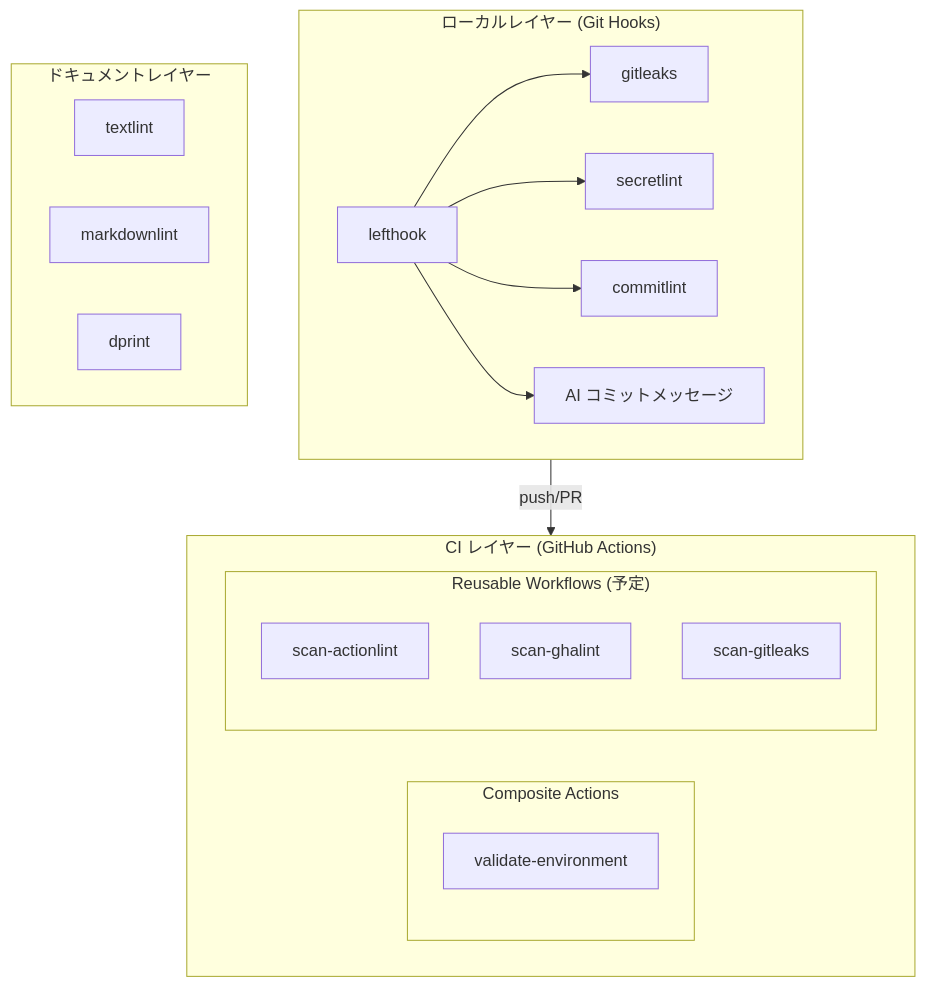
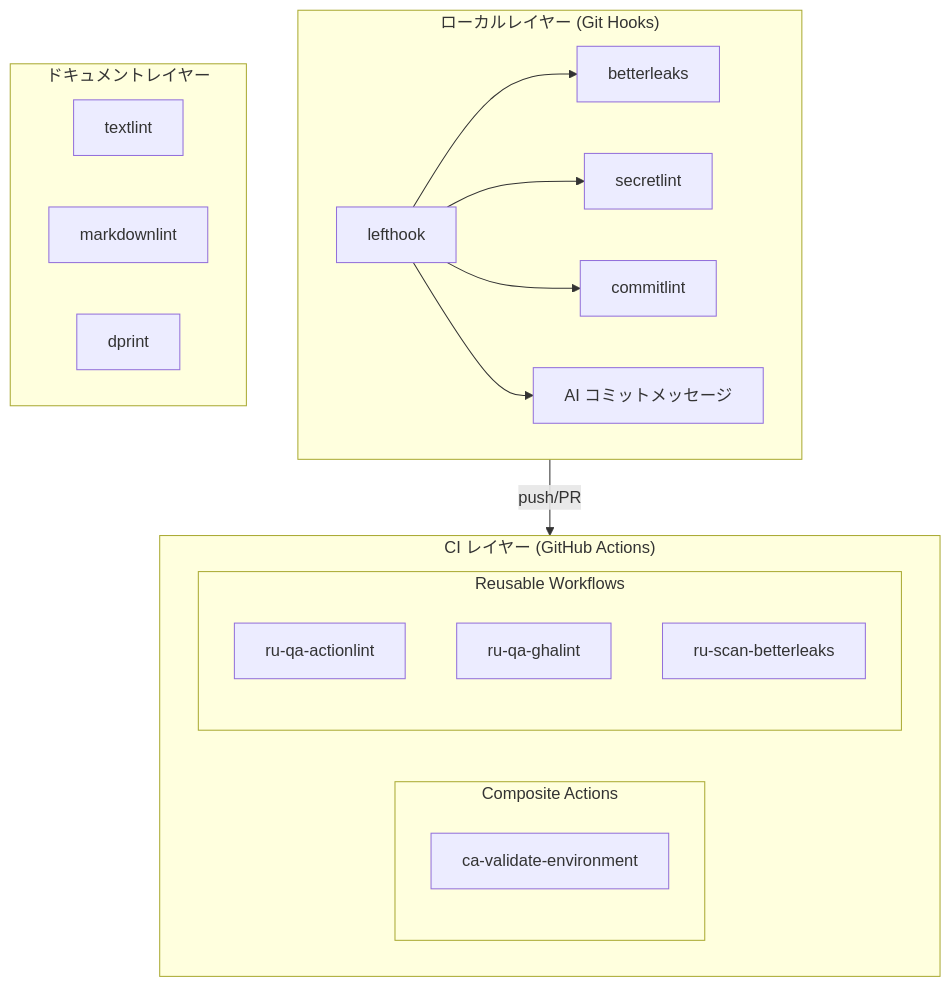
The first of 3 diagrams in docs/developer-guide/03-architecture.ja.mdx (aglabo/ci-platform), drawn with Mermaid before and after one commit. The commit also changed other lines of this file and 50 other files, not shown here.

````diff
--- a/docs/developer-guide/03-architecture.ja.mdx
+++ b/docs/developer-guide/03-architecture.ja.mdx
@@ -21,33 +21,33 @@
 ```mermaid
 graph TB
     subgraph local["ローカルレイヤー (Git Hooks)"]
         lh["lefthook"]
-        gl["gitleaks"]
+        bl["betterleaks"]
         sl["secretlint"]
         cl["commitlint"]
         ai["AI コミットメッセージ"]
-        lh --> gl
+        lh --> bl
         lh --> sl
         lh --> cl
         lh --> ai
     end
 
     subgraph ci["CI レイヤー (GitHub Actions)"]
         subgraph ca["Composite Actions"]
-            ve["validate-environment"]
+            ve["ca-validate-environment"]
         end
-        subgraph rw["Reusable Workflows (予定)"]
-            al["scan-actionlint"]
-            gh["scan-ghalint"]
-            gs["scan-gitleaks"]
+        subgraph rw["Reusable Workflows"]
+            al["ru-qa-actionlint"]
+            gh["ru-qa-ghalint"]
+            bs["ru-scan-betterleaks"]
         end
     end
 
     subgraph doc["ドキュメントレイヤー"]
         tl["textlint"]
         ml["markdownlint"]
         dp["dprint"]
     end
 
     local -->|"push/PR"| ci
 ```
````
